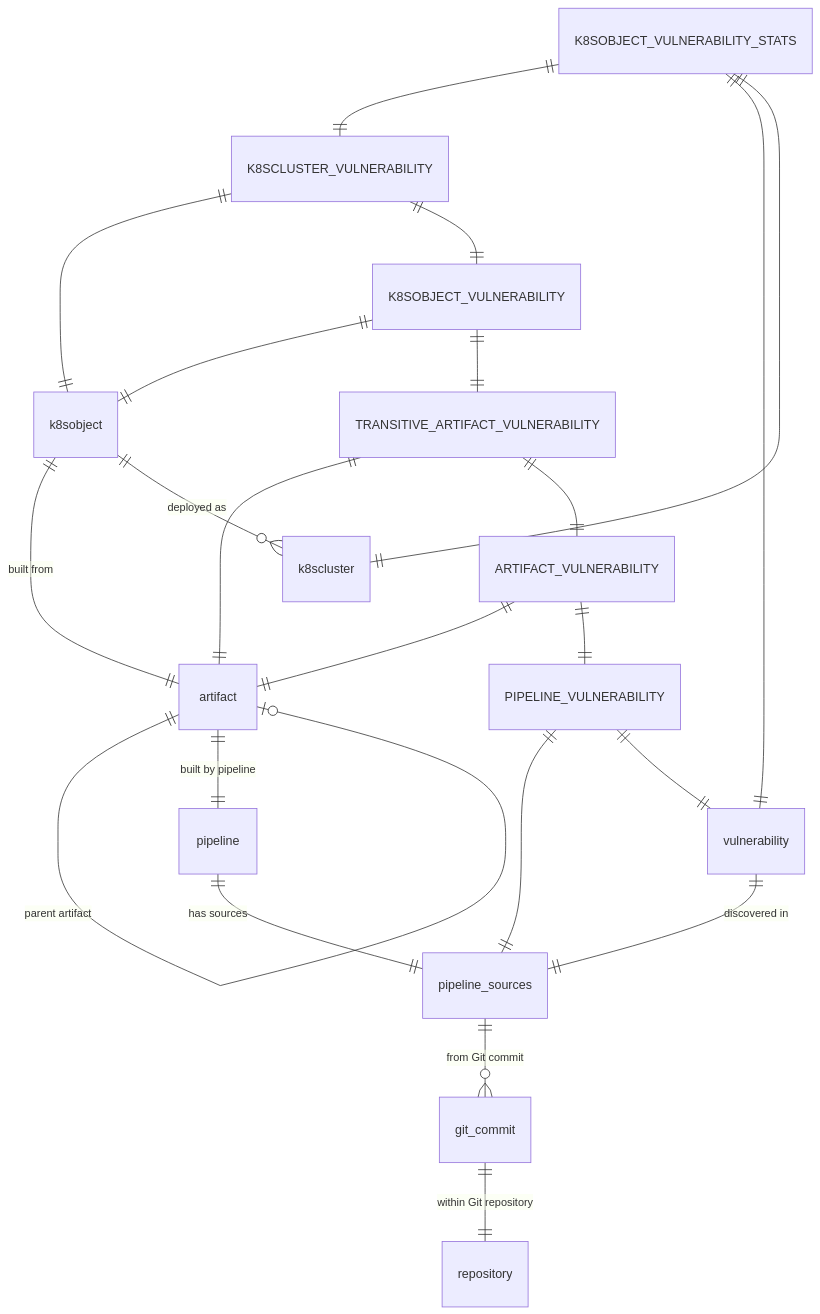
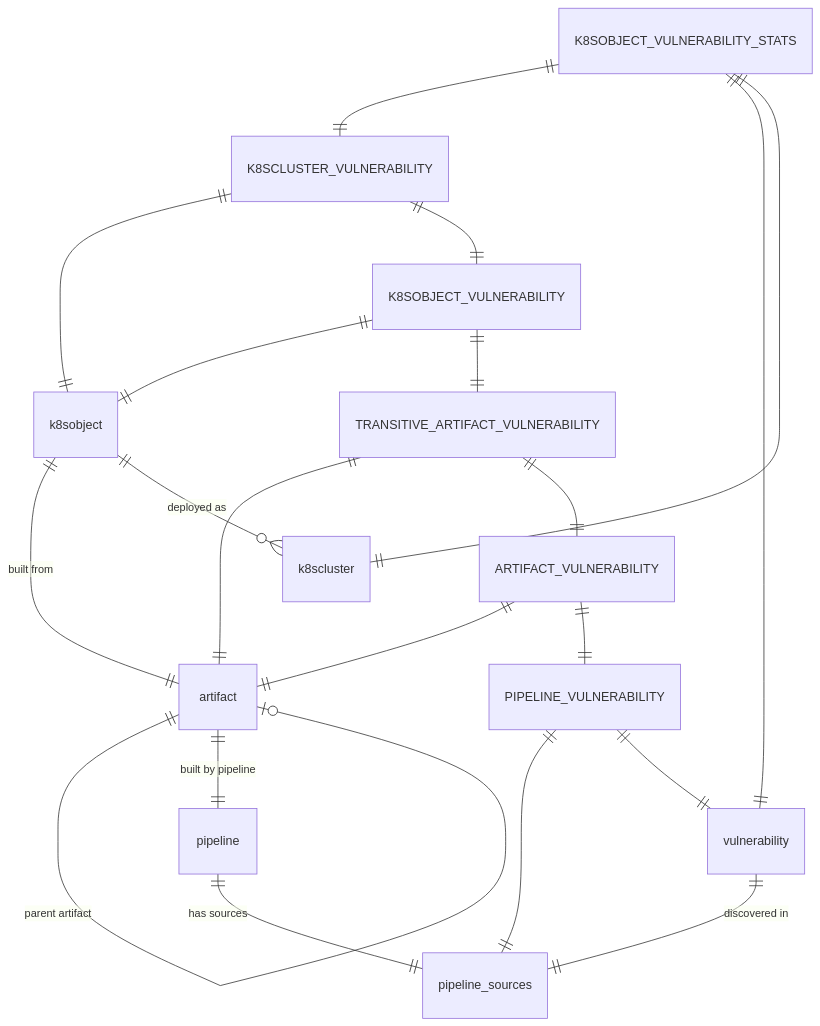
The second of 2 diagrams in docs/docs/demos/secops.md (feldera/feldera), drawn with Mermaid before and after one commit. The commit also changed other lines of this file and 19 other files, not shown here.

````diff
--- a/docs/docs/demos/secops.md
+++ b/docs/docs/demos/secops.md
@@ -104,25 +88,23 @@
 ```mermaid
 erDiagram
     pipeline ||--|| pipeline_sources : "has sources"
-    pipeline_sources ||--o{ git_commit : "from Git commit"
-    git_commit ||--|| repository : "within Git repository"
     k8sobject ||--|| artifact : "built from"
     k8sobject ||--o{ k8scluster : "deployed as"
     vulnerability ||--|| pipeline_sources : "discovered in"
     artifact ||--o| artifact : "parent artifact"
     artifact ||--|| pipeline : "built by pipeline"
     PIPELINE_VULNERABILITY ||--|| pipeline_sources : ""
     PIPELINE_VULNERABILITY ||--|| vulnerability : ""
     ARTIFACT_VULNERABILITY ||--|| artifact : ""
     ARTIFACT_VULNERABILITY ||--|| PIPELINE_VULNERABILITY : ""
     TRANSITIVE_ARTIFACT_VULNERABILITY ||--|| artifact : ""
     TRANSITIVE_ARTIFACT_VULNERABILITY ||--|| ARTIFACT_VULNERABILITY : ""
     K8SOBJECT_VULNERABILITY ||--|| k8sobject : ""
     K8SOBJECT_VULNERABILITY ||--|| TRANSITIVE_ARTIFACT_VULNERABILITY : ""
     K8SCLUSTER_VULNERABILITY ||--|| k8sobject : ""
     K8SCLUSTER_VULNERABILITY ||--|| K8SOBJECT_VULNERABILITY : ""
     K8SOBJECT_VULNERABILITY_STATS ||--|| K8SCLUSTER_VULNERABILITY : ""
     K8SOBJECT_VULNERABILITY_STATS ||--|| vulnerability : ""
     K8SOBJECT_VULNERABILITY_STATS ||--|| k8scluster : ""
 
 ```
````
